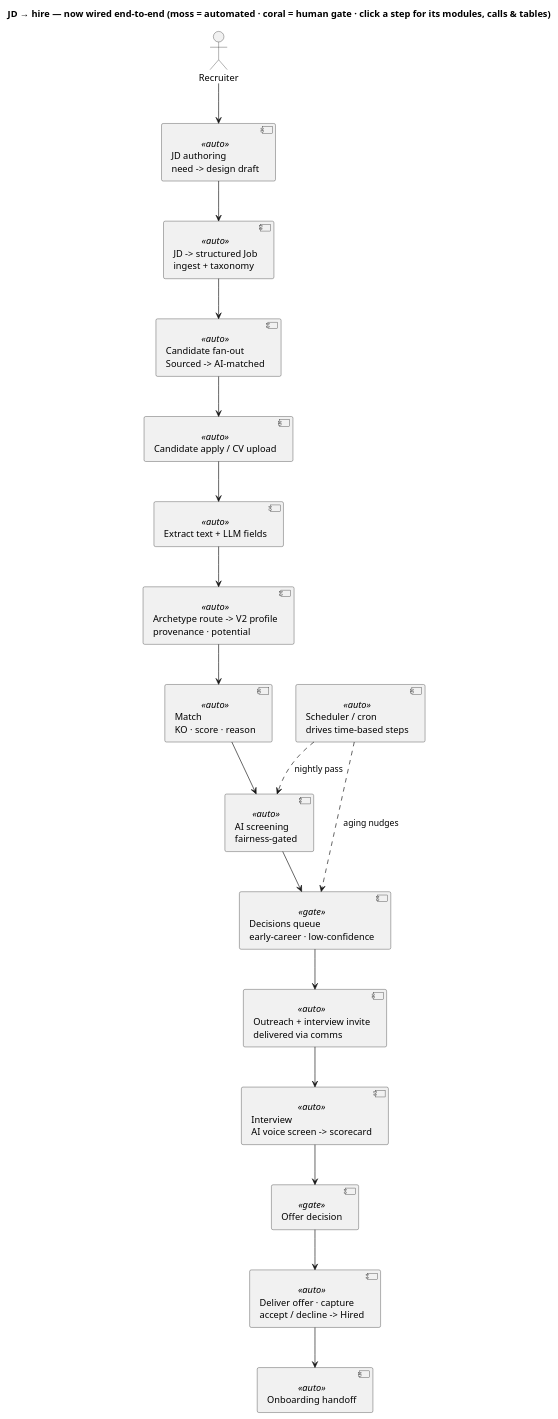
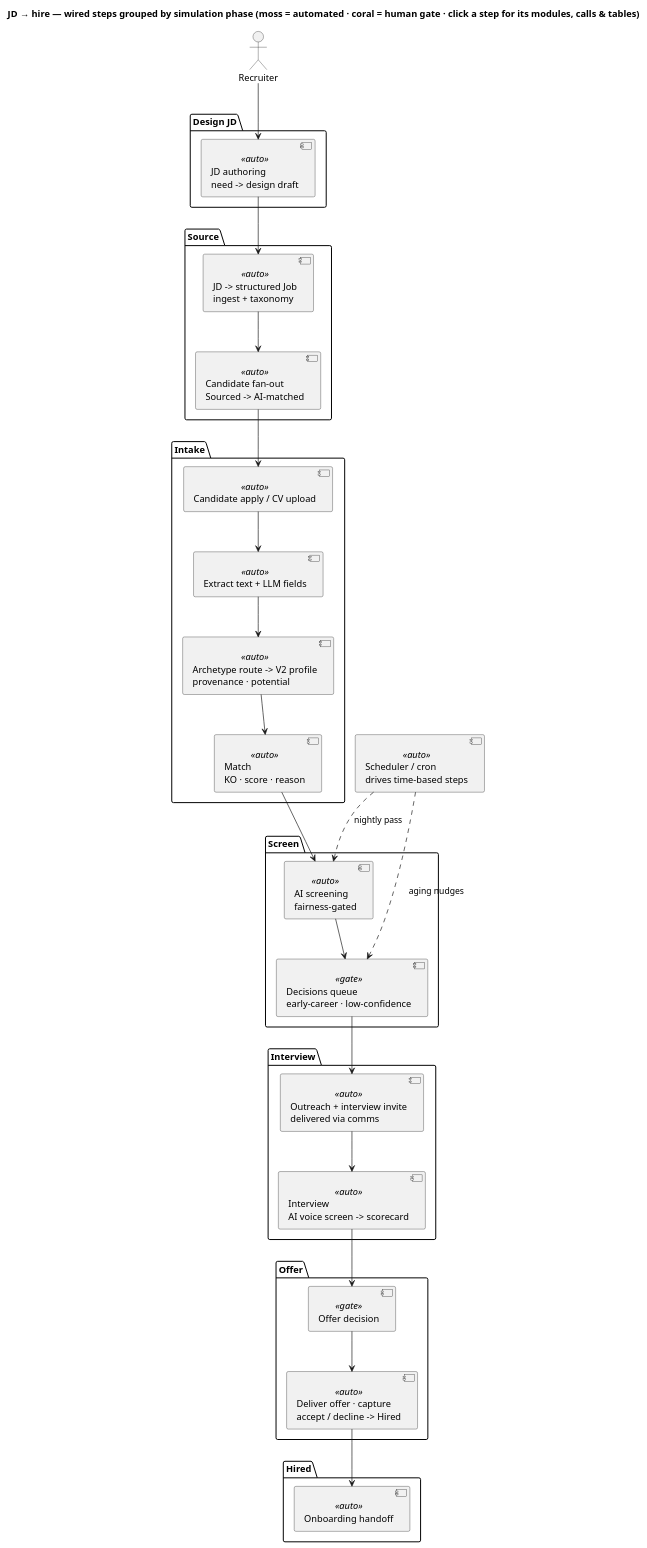
The diagram in docs/diagrams/15-automated-pipeline-tobe.puml (xkazm04/kp), drawn with PlantUML before and after one commit. The commit also changed 212 other files, not shown here.

```diff
--- a/docs/diagrams/15-automated-pipeline-tobe.puml
+++ b/docs/diagrams/15-automated-pipeline-tobe.puml
@@ -1,39 +1,53 @@
 @startuml automated-pipeline-tobe
-title JD → hire — now wired end-to-end (moss = automated · coral = human gate · click a step for its modules, calls & tables)
+title JD → hire — wired steps grouped by simulation phase (moss = automated · coral = human gate · click a step for its modules, calls & tables)
 
 actor "Recruiter" as rec
 
-[JD authoring\nneed -> design draft] <<auto>> as jd
-[JD -> structured Job\ningest + taxonomy] <<auto>> as ingest
-[Candidate fan-out\nSourced -> AI-matched] <<auto>> as dist
-[Candidate apply / CV upload] <<auto>> as apply
-[Extract text + LLM fields] <<auto>> as extract
-[Archetype route -> V2 profile\nprovenance · potential] <<auto>> as v2
-[Match\nKO · score · reason] <<auto>> as match
-[AI screening\nfairness-gated] <<auto>> as screen
-[Decisions queue\nearly-career · low-confidence] <<gate>> as decide
-[Outreach + interview invite\ndelivered via comms] <<auto>> as engage
-[Interview\nAI voice screen -> scorecard] <<auto>> as interview
-[Offer decision] <<gate>> as offer
-[Deliver offer · capture\naccept / decline -> Hired] <<auto>> as close
-[Onboarding handoff] <<auto>> as hire
+package "Design JD" {
+  [JD authoring\nneed -> design draft] <<auto>> as jd
+}
+package "Source" {
+  [JD -> structured Job\ningest + taxonomy] <<auto>> as ingest
+  [Candidate fan-out\nSourced -> AI-matched] <<auto>> as dist
+}
+package "Intake" {
+  [Candidate apply / CV upload] <<auto>> as apply
+  [Extract text + LLM fields] <<auto>> as extract
+  [Archetype route -> V2 profile\nprovenance · potential] <<auto>> as v2
+  [Match\nKO · score · reason] <<auto>> as match
+}
+package "Screen" {
+  [AI screening\nfairness-gated] <<auto>> as screen
+  [Decisions queue\nearly-career · low-confidence] <<gate>> as decide
+}
+package "Interview" {
+  [Outreach + interview invite\ndelivered via comms] <<auto>> as engage
+  [Interview\nAI voice screen -> scorecard] <<auto>> as interview
+}
+package "Offer" {
+  [Offer decision] <<gate>> as offer
+  [Deliver offer · capture\naccept / decline -> Hired] <<auto>> as close
+}
+package "Hired" {
+  [Onboarding handoff] <<auto>> as hire
+}
 
 [Scheduler / cron\ndrives time-based steps] <<auto>> as cron
 
 rec --> jd
 jd --> ingest
 ingest --> dist
 dist --> apply
 apply --> extract
 extract --> v2
 v2 --> match
 match --> screen
 screen --> decide
 decide --> engage
 engage --> interview
 interview --> offer
 offer --> close
 close --> hire
 cron ..> screen : nightly pass
 cron ..> decide : aging nudges
 @enduml
```
